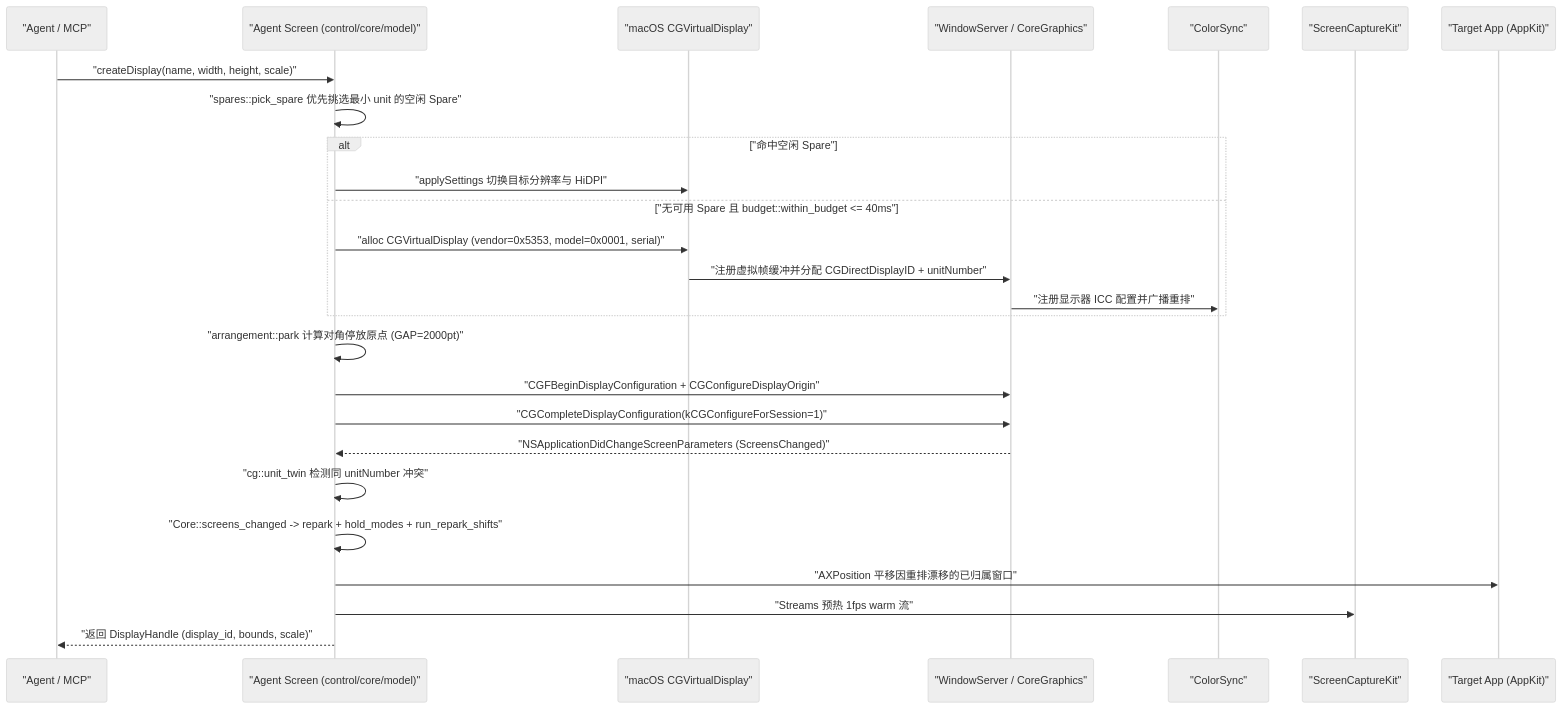
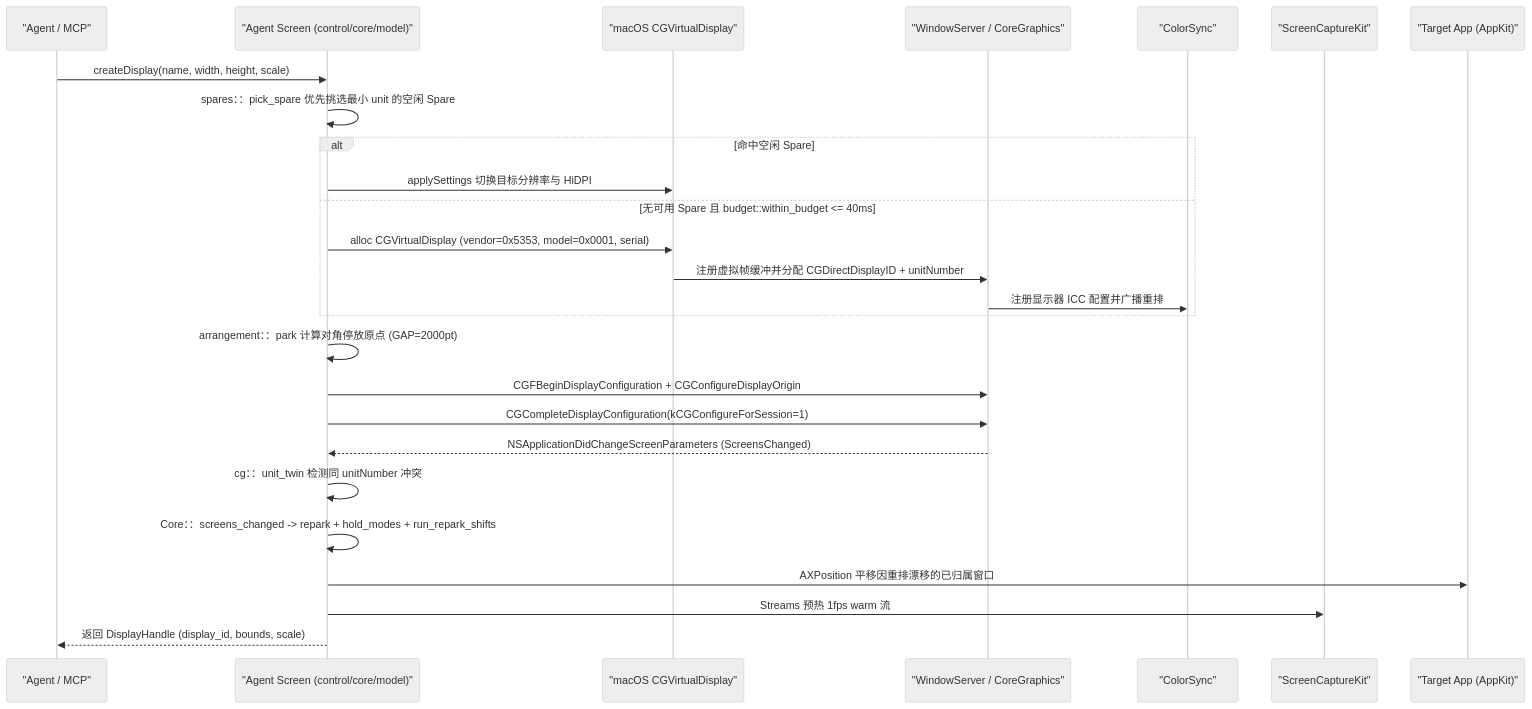
The diagram in docs/flows/01-create-display.md (Fanzzzd/agent-screen), drawn with Mermaid (neutral theme) before and after one commit. The commit also changed 14 other files, not shown here.

Commit message:
The flow maps' Mermaid labels drop quotes, semicolons and inner colons, which stopped four diagrams from rendering

````diff
--- a/docs/flows/01-create-display.md
+++ b/docs/flows/01-create-display.md
@@ -7,29 +7,29 @@
 ```mermaid
 sequenceDiagram
     participant MCP as "Agent / MCP"
     participant Ctrl as "Agent Screen (control/core/model)"
     participant CGVD as "macOS CGVirtualDisplay"
     participant WS as "WindowServer / CoreGraphics"
     participant CS as "ColorSync"
     participant SCK as "ScreenCaptureKit"
     participant App as "Target App (AppKit)"
 
-    MCP->>Ctrl: "createDisplay(name, width, height, scale)"
-    Ctrl->>Ctrl: "spares::pick_spare 优先挑选最小 unit 的空闲 Spare"
-    alt "命中空闲 Spare"
-        Ctrl->>CGVD: "applySettings 切换目标分辨率与 HiDPI"
-    else "无可用 Spare 且 budget::within_budget <= 40ms"
-        Ctrl->>CGVD: "alloc CGVirtualDisplay (vendor=0x5353, model=0x0001, serial)"
-        CGVD->>WS: "注册虚拟帧缓冲并分配 CGDirectDisplayID + unitNumber"
-        WS->>CS: "注册显示器 ICC 配置并广播重排"
+    MCP->>Ctrl : createDisplay(name, width, height, scale)
+    Ctrl->>Ctrl : spares：：pick_spare 优先挑选最小 unit 的空闲 Spare
+    alt 命中空闲 Spare
+        Ctrl->>CGVD : applySettings 切换目标分辨率与 HiDPI
+    else 无可用 Spare 且 budget::within_budget <= 40ms
+        Ctrl->>CGVD : alloc CGVirtualDisplay (vendor=0x5353, model=0x0001, serial)
+        CGVD->>WS : 注册虚拟帧缓冲并分配 CGDirectDisplayID + unitNumber
+        WS->>CS : 注册显示器 ICC 配置并广播重排
     end
-    Ctrl->>Ctrl: "arrangement::park 计算对角停放原点 (GAP=2000pt)"
-    Ctrl->>WS: "CGFBeginDisplayConfiguration + CGConfigureDisplayOrigin"
-    Ctrl->>WS: "CGCompleteDisplayConfiguration(kCGConfigureForSession=1)"
-    WS-->>Ctrl: "NSApplicationDidChangeScreenParameters (ScreensChanged)"
-    Ctrl->>Ctrl: "cg::unit_twin 检测同 unitNumber 冲突"
-    Ctrl->>Ctrl: "Core::screens_changed -> repark + hold_modes + run_repark_shifts"
-    Ctrl->>App: "AXPosition 平移因重排漂移的已归属窗口"
-    Ctrl->>SCK: "Streams 预热 1fps warm 流"
-    Ctrl-->>MCP: "返回 DisplayHandle (display_id, bounds, scale)"
+    Ctrl->>Ctrl : arrangement：：park 计算对角停放原点 (GAP=2000pt)
+    Ctrl->>WS : CGFBeginDisplayConfiguration + CGConfigureDisplayOrigin
+    Ctrl->>WS : CGCompleteDisplayConfiguration(kCGConfigureForSession=1)
+    WS-->>Ctrl : NSApplicationDidChangeScreenParameters (ScreensChanged)
+    Ctrl->>Ctrl : cg：：unit_twin 检测同 unitNumber 冲突
+    Ctrl->>Ctrl : Core：：screens_changed -> repark + hold_modes + run_repark_shifts
+    Ctrl->>App : AXPosition 平移因重排漂移的已归属窗口
+    Ctrl->>SCK : Streams 预热 1fps warm 流
+    Ctrl-->>MCP : 返回 DisplayHandle (display_id, bounds, scale)
 ```
````
